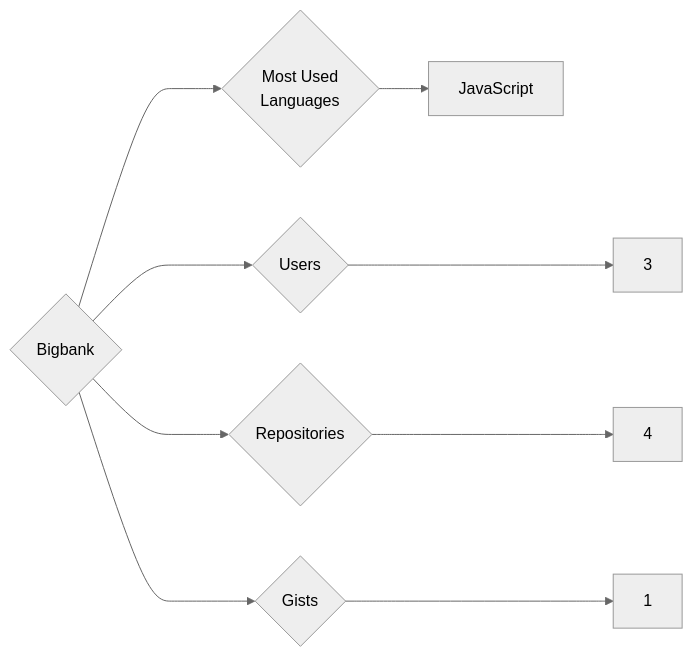
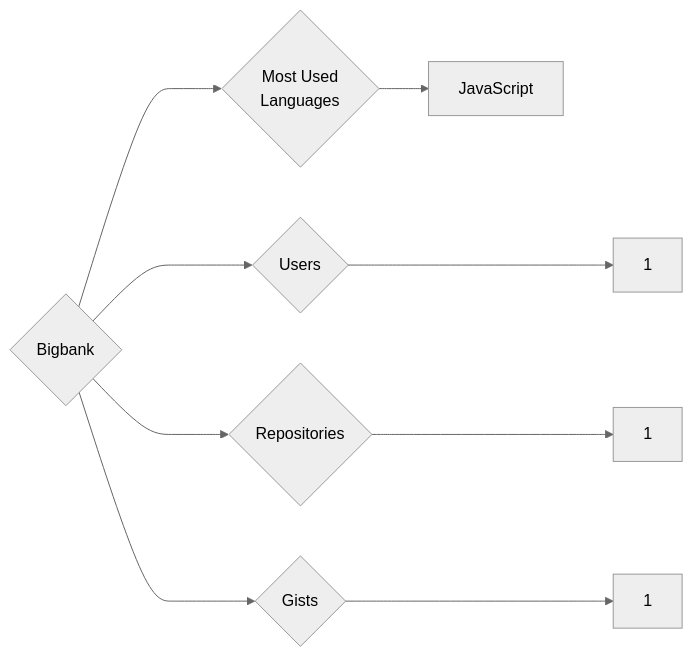
The diagram in targets/Bigbank/README.md (trickest/insiders), drawn with Mermaid (neutral theme) before and after one commit. The commit also changed 569 other files, not shown here.

````diff
--- a/targets/Bigbank/README.md
+++ b/targets/Bigbank/README.md
@@ -3,9 +3,9 @@
 ```mermaid
 graph LR
 COMPANY_NAME{Bigbank}
-COMPANY_NAME ---> U{Users} ---> UN[3]
-COMPANY_NAME ---> R{Repositories} ---> RN[4]
+COMPANY_NAME ---> U{Users} ---> UN[1]
+COMPANY_NAME ---> R{Repositories} ---> RN[1]
 COMPANY_NAME ---> G{Gists} ---> GN[1]
 COMPANY_NAME ---> ML{Most Used<br>Languages}
 ML --> JavaScript[JavaScript]
 ```
````
